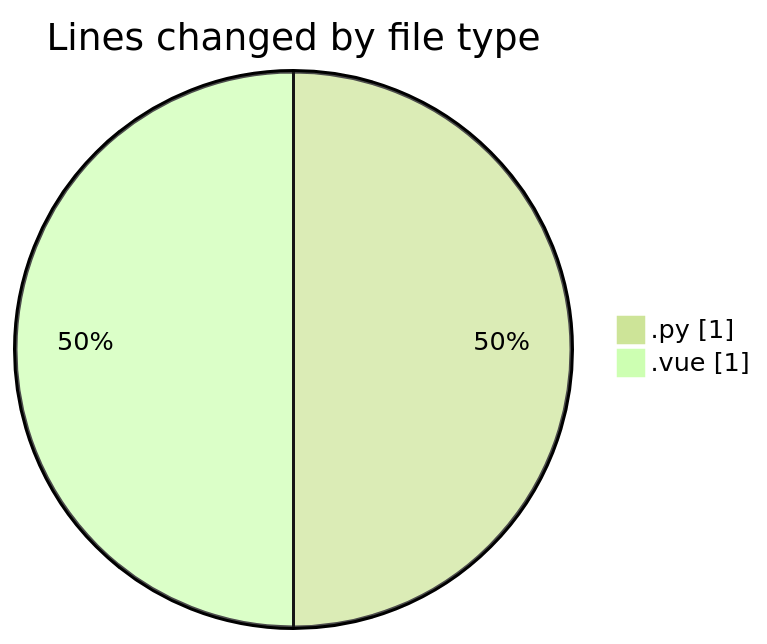
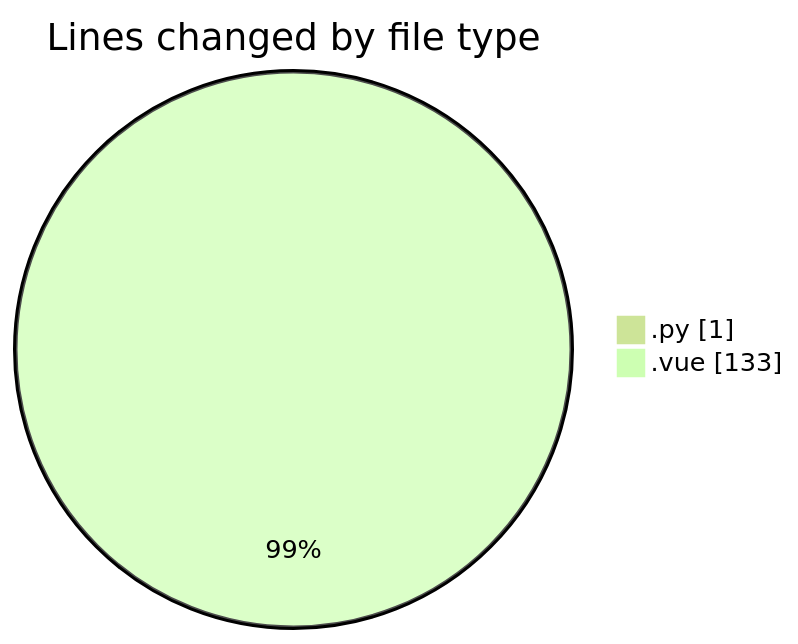
One commit to jcpc91/code-tracking changed the first of 2 diagrams in 2025-05-12/cancelacionsegurosvida/README.md. Above: the diagram before and after it, drawn with Mermaid (forest theme). The commit also changed other lines of this file and 1 other file, not shown here.

````diff
--- a/2025-05-12/cancelacionsegurosvida/README.md
+++ b/2025-05-12/cancelacionsegurosvida/README.md
@@ -21,6 +22,6 @@
 ```mermaid
 pie showData
 title Lines changed by file type
 ".py" : 1
-".vue" : 1
+".vue" : 133
 ```
````
